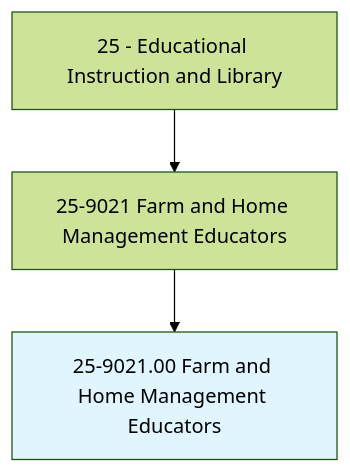
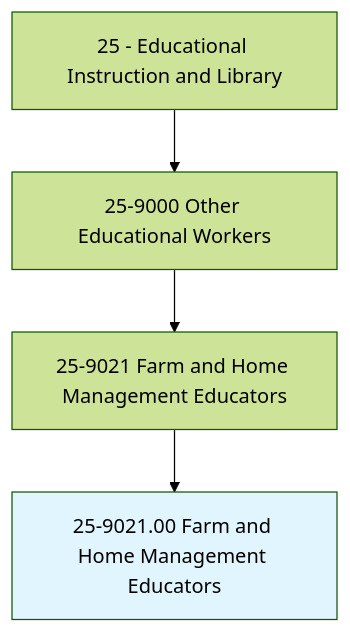
Before and after one commit to kziemski/business.org.ai: the first of 4 diagrams in occupations/Education/FarmAndHomeManagementEducators.mdx, drawn with Mermaid (forest theme). The commit also changed other lines of this file and 938 other files, not shown here.

````diff
--- a/occupations/Education/FarmAndHomeManagementEducators.mdx
+++ b/occupations/Education/FarmAndHomeManagementEducators.mdx
@@ -19,6 +23,7 @@
 ```mermaid
 graph TD
-    Cat25["25 - Educational Instruction and Library"] --> Group259021["25-9021 Farm and Home Management Educators"]
+    Cat25["25 - Educational Instruction and Library"] --> Group259["25-9000 Other Educational Workers"]
+    Group259 --> Group259021["25-9021 Farm and Home Management Educators"]
     Group259021 --> Current["25-9021.00 Farm and Home Management Educators"]
     style Current fill:#e1f5fe
 ```
````
